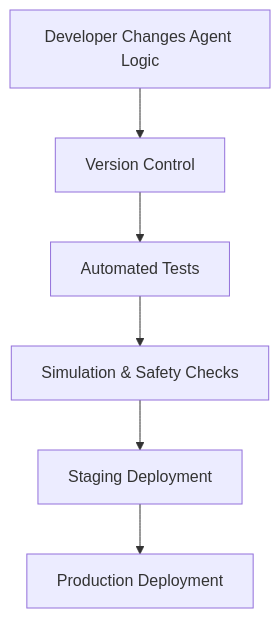
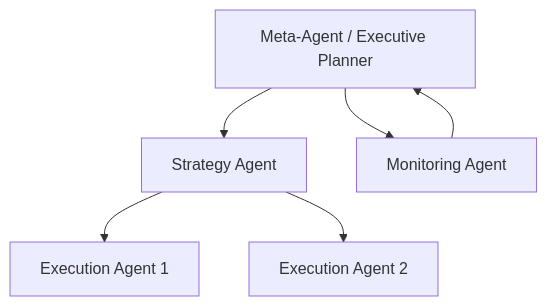
One commit to m-rizqinovniari/agentic-handbook changed the first of 5 diagrams in docusaurus/docs/part-3/chapter-9.md. Above: the diagram before and after it, drawn with Mermaid. The commit also changed other lines of this file and 19 other files, not shown here.

````diff
--- a/docusaurus/docs/part-3/chapter-9.md
+++ b/docusaurus/docs/part-3/chapter-9.md
@@ -83,8 +75,14 @@
 ```mermaid
-flowchart TD
-    A[Developer Changes Agent Logic] --> B[Version Control]
-    B --> C[Automated Tests]
-    C --> D[Simulation & Safety Checks]
-    D --> E[Staging Deployment]
-    E --> F[Production Deployment]
+graph TD
+    A[Meta-Agent / Executive Planner]
+    B[Strategy Agent]
+    C[Monitoring Agent]
+    D[Execution Agent 1]
+    E[Execution Agent 2]
+
+    A --> B
+    A --> C
+    B --> D
+    B --> E
+    C --> A
 ```
````
